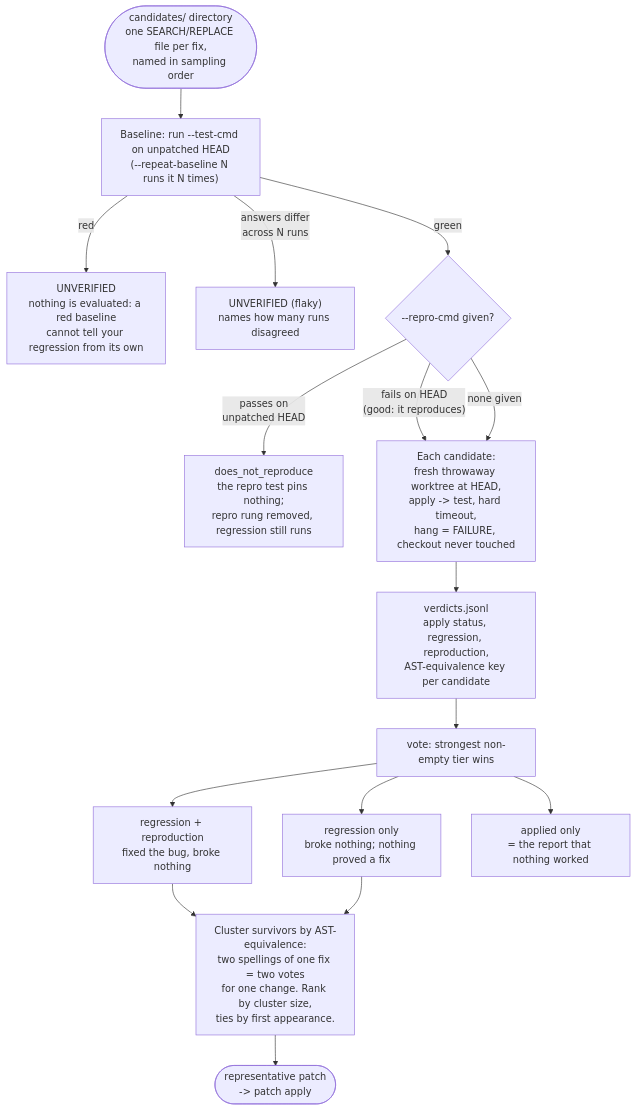
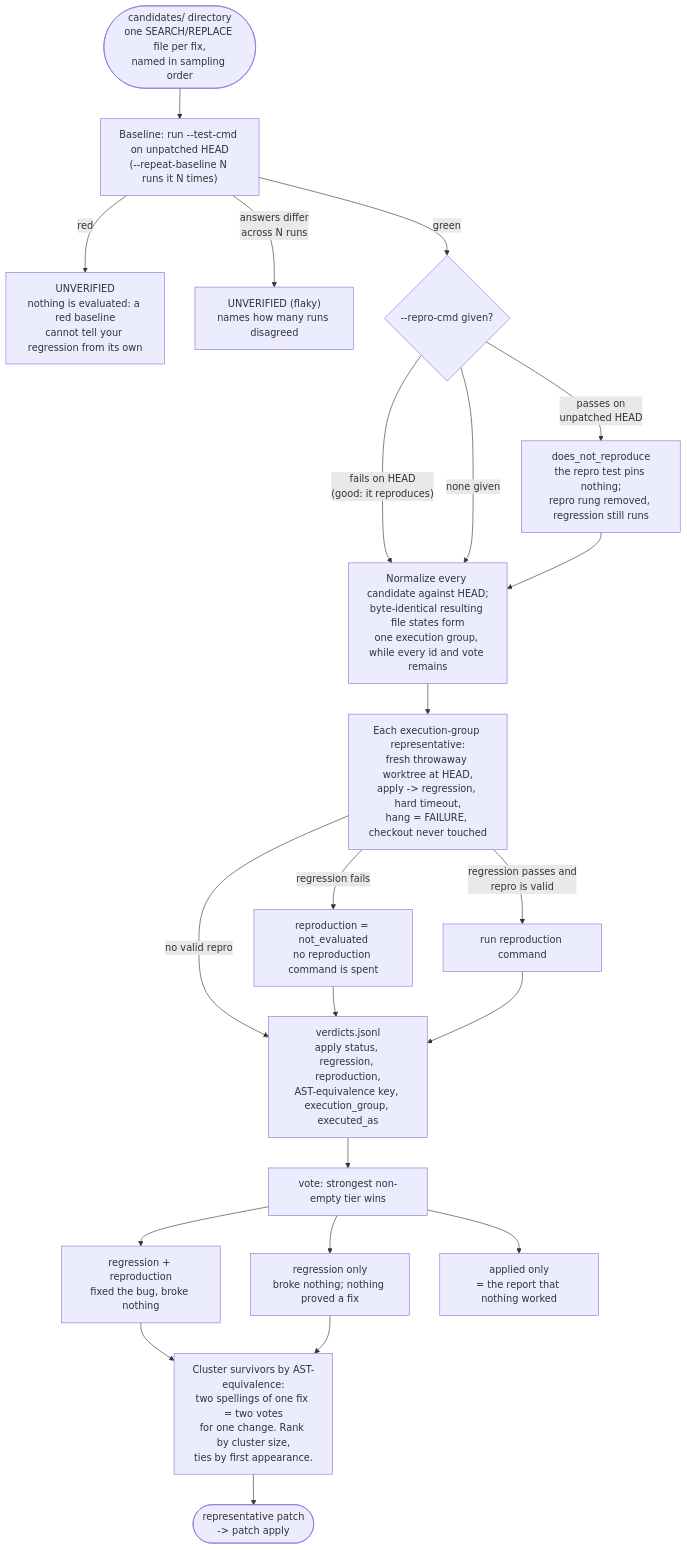
One commit to SolNine-Git/agentless-mcp changed the diagram in docs/diagrams/validate-vote.md. Above: the diagram before and after it, drawn with Mermaid. The commit also changed 12 other files, not shown here.

````diff
--- a/docs/diagrams/validate-vote.md
+++ b/docs/diagrams/validate-vote.md
@@ -7,27 +7,35 @@
 ```mermaid
 flowchart TD
     C(["candidates/ directory\none SEARCH/REPLACE file per fix,\nnamed in sampling order"])
 
     C --> B["Baseline: run --test-cmd on unpatched HEAD\n(--repeat-baseline N runs it N times)"]
 
     B -->|"red"| UV["UNVERIFIED\nnothing is evaluated: a red baseline\ncannot tell your regression from its own"]
     B -->|"answers differ\nacross N runs"| FLAKY["UNVERIFIED (flaky)\nnames how many runs disagreed"]
     B -->|"green"| RP{"--repro-cmd given?"}
 
     RP -->|"passes on\nunpatched HEAD"| DNR["does_not_reproduce\nthe repro test pins nothing;\nrepro rung removed, regression still runs"]
-    RP -->|"fails on HEAD\n(good: it reproduces)"| RUN
-    RP -->|"none given"| RUN
+    RP -->|"fails on HEAD\n(good: it reproduces)"| PLAN
+    RP -->|"none given"| PLAN
+    DNR --> PLAN
 
-    RUN["Each candidate:\nfresh throwaway worktree at HEAD,\napply -> test, hard timeout,\nhang = FAILURE, checkout never touched"]
+    PLAN["Normalize every candidate against HEAD;\nbyte-identical resulting file states form\none execution group, while every id and vote remains"]
+    PLAN --> RUN["Each execution-group representative:\nfresh throwaway worktree at HEAD,\napply -> regression, hard timeout,\nhang = FAILURE, checkout never touched"]
 
-    RUN --> J["verdicts.jsonl\napply status, regression, reproduction,\nAST-equivalence key per candidate"]
+    RUN -->|"regression fails"| SKIP["reproduction = not_evaluated\nno reproduction command is spent"]
+    RUN -->|"regression passes and\nrepro is valid"| REPRO["run reproduction command"]
+    RUN -->|"no valid repro"| J
+    SKIP --> J
+    REPRO --> J
+
+    J["verdicts.jsonl\napply status, regression, reproduction,\nAST-equivalence key, execution_group, executed_as"]
 
     J --> V["vote: strongest non-empty tier wins"]
     V --> T1["regression + reproduction\nfixed the bug, broke nothing"]
     V --> T2["regression only\nbroke nothing; nothing proved a fix"]
     V --> T3["applied only\n= the report that nothing worked"]
 
     T1 --> CL["Cluster survivors by AST-equivalence:\ntwo spellings of one fix = two votes\nfor one change. Rank by cluster size,\nties by first appearance."]
     T2 --> CL
     CL --> REP(["representative patch\n-> patch apply"])
 ```
````
